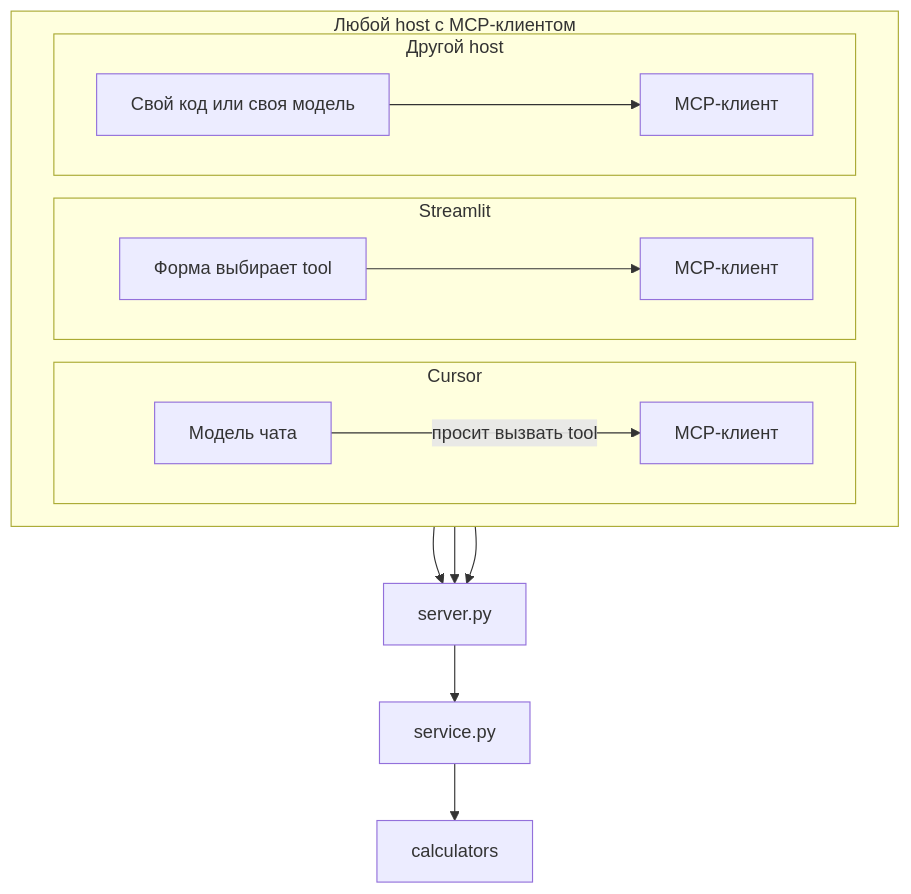
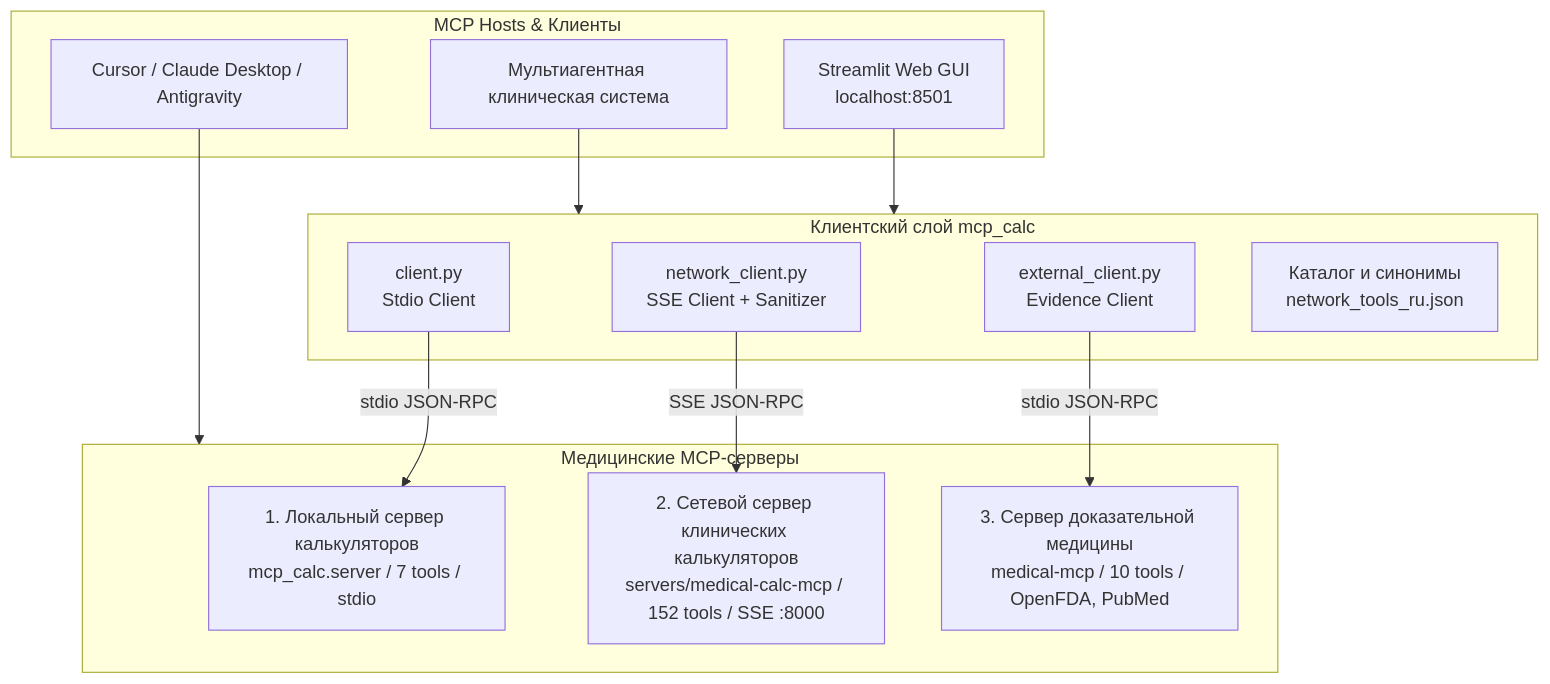
Before and after one commit to EdwFa/MCP_calc: the diagram in README.md, drawn with Mermaid. The commit also changed other lines of this file, not shown here.

````diff
--- a/README.md
+++ b/README.md
@@ -81,27 +17,29 @@
 ```mermaid
 flowchart TB
-    subgraph hosts [Любой host с MCP-клиентом]
-        direction LR
-        subgraph streamlitHost [Streamlit]
-            FORM[Форма выбирает tool]
-            STCL[MCP-клиент]
-            FORM --> STCL
-        end
-        subgraph cursorHost [Cursor]
-            MODEL[Модель чата]
-            CUCL[MCP-клиент]
-            MODEL -->|просит вызвать tool| CUCL
-        end
-        subgraph otherHost [Другой host]
-            APP[Свой код или своя модель]
-            OCL[MCP-клиент]
-            APP --> OCL
-        end
+    subgraph Hosts [MCP Hosts & Клиенты]
+        UI[Streamlit Web GUI<br/>localhost:8501]
+        IDE[Cursor / Claude Desktop / Antigravity]
+        Agent[Мультиагентная клиническая система]
     end
-    STCL --> SRV
-    CUCL --> SRV
-    OCL --> SRV
-    SRV[server.py]
-    SRV --> SVC[service.py]
-    SVC --> FN[calculators]
+
+    subgraph Router [Клиентский слой mcp_calc]
+        NC[network_client.py<br/>SSE Client + Sanitizer]
+        LC[client.py<br/>Stdio Client]
+        EC[external_client.py<br/>Evidence Client]
+        RU[Каталог и синонимы<br/>network_tools_ru.json]
+    end
+
+    subgraph Servers [Медицинские MCP-серверы]
+        S1[1. Локальный сервер калькуляторов<br/>mcp_calc.server / 7 tools / stdio]
+        S2[2. Сетевой сервер клинических калькуляторов<br/>servers/medical-calc-mcp / 152 tools / SSE :8000]
+        S3[3. Сервер доказательной медицины<br/>medical-mcp / 10 tools / OpenFDA, PubMed]
+    end
+
+    UI --> Router
+    IDE --> Servers
+    Agent --> Router
+
+    NC -->|SSE JSON-RPC| S2
+    LC -->|stdio JSON-RPC| S1
+    EC -->|stdio JSON-RPC| S3
 ```
````
